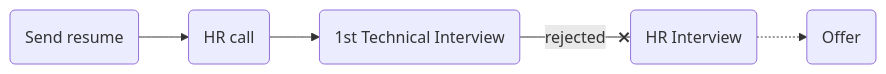
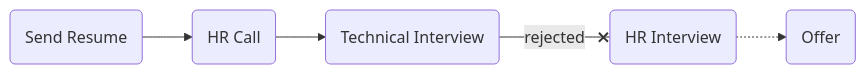
Before and after one commit to mo1ein/jobname: the diagram in src/wallex.md, drawn with Mermaid. The commit also changed other lines of this file and 4 other files, not shown here.

````diff
--- a/src/wallex.md
+++ b/src/wallex.md
@@ -4,4 +8,4 @@
 ```mermaid
 flowchart LR
-    sr(Send resume) --> hr(HR call) --> ti1(1st Technical Interview) --rejected--x hri(HR Interview) -.-> o(Offer)
+    sr(Send Resume) --> hr(HR Call) --> ti(Technical Interview) --rejected--x hri(HR Interview) -.-> o(Offer)
 ```
````
